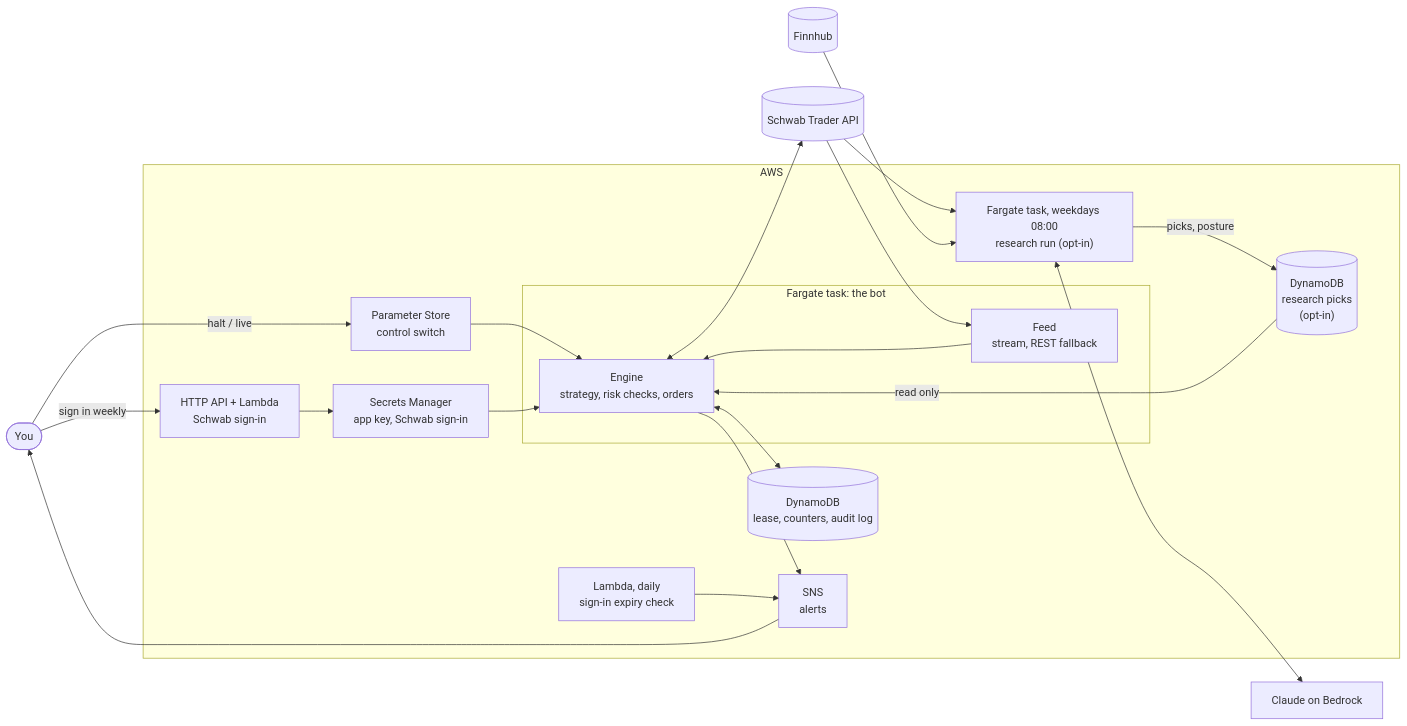
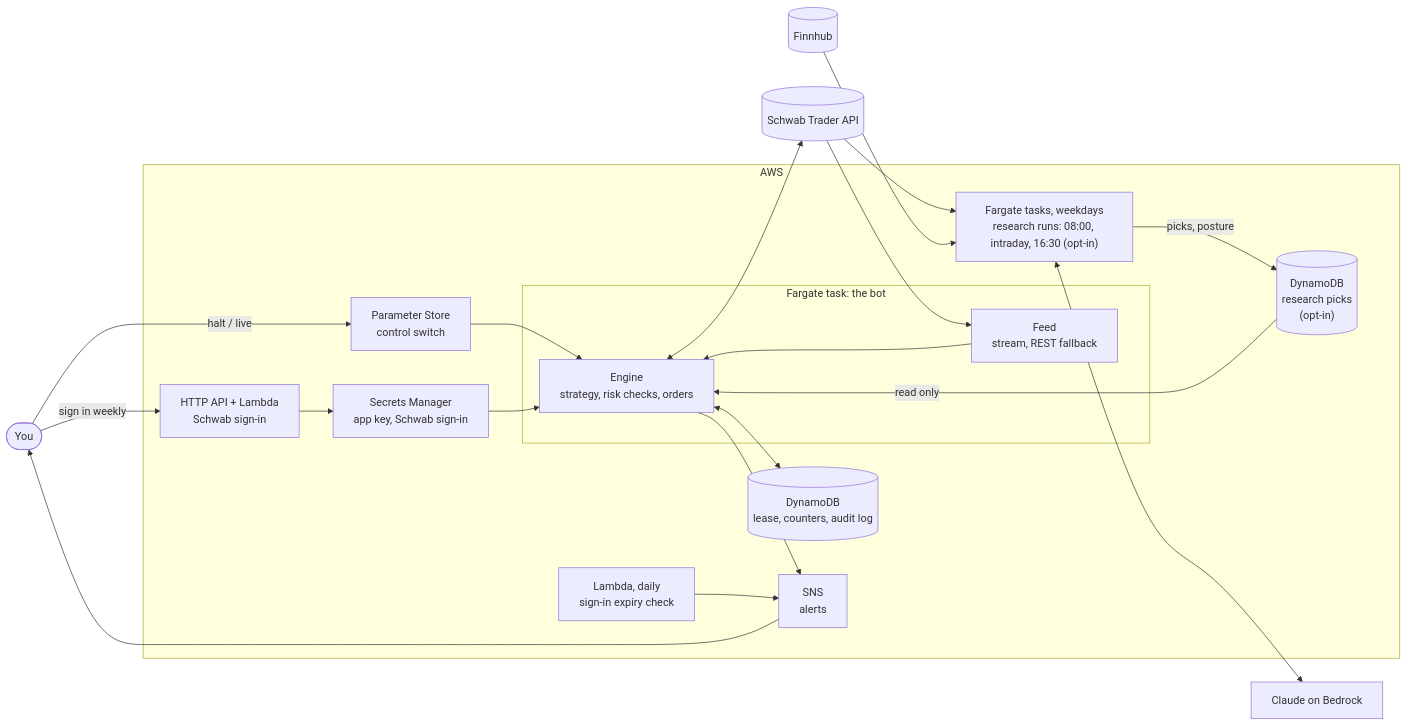
The diagram in README.md (derekchisholm/traider), drawn with Mermaid before and after one commit. The commit also changed other lines of this file and 2 other files, not shown here.

First line of the commit message:
docs: scorecard, intraday runs and the posture alert

````diff
--- a/README.md
+++ b/README.md
@@ -24,38 +24,38 @@
 ```mermaid
 flowchart LR
     you([You])
     schwab[(Schwab Trader API)]
 
     subgraph aws [AWS]
         subgraph task [Fargate task: the bot]
             feed["Feed<br/>stream, REST fallback"]
             engine["Engine<br/>strategy, risk checks, orders"]
             feed --> engine
         end
         control["Parameter Store<br/>control switch"]
         secrets["Secrets Manager<br/>app key, Schwab sign-in"]
         state[("DynamoDB<br/>lease, counters, audit log")]
         research[("DynamoDB<br/>research picks<br/>(opt-in)")]
-        jobs["Fargate task, weekdays 08:00<br/>research run (opt-in)"]
+        jobs["Fargate tasks, weekdays<br/>research runs: 08:00, intraday, 16:30 (opt-in)"]
         alerts["SNS<br/>alerts"]
         signin["HTTP API + Lambda<br/>Schwab sign-in"]
         watchdog["Lambda, daily<br/>sign-in expiry check"]
     end
 
     schwab --> feed
     engine <--> schwab
     control --> engine
     secrets --> engine
     engine <--> state
     research -- "read only" --> engine
     schwab --> jobs
     jobs -- "picks, posture" --> research
     jobs <--> bedrock["Claude on Bedrock"]
     finnhub[(Finnhub)] --> jobs
     engine --> alerts
     watchdog --> alerts
     alerts --> you
     you -- "sign in weekly" --> signin
     signin --> secrets
     you -- "halt / live" --> control
 ```
````
